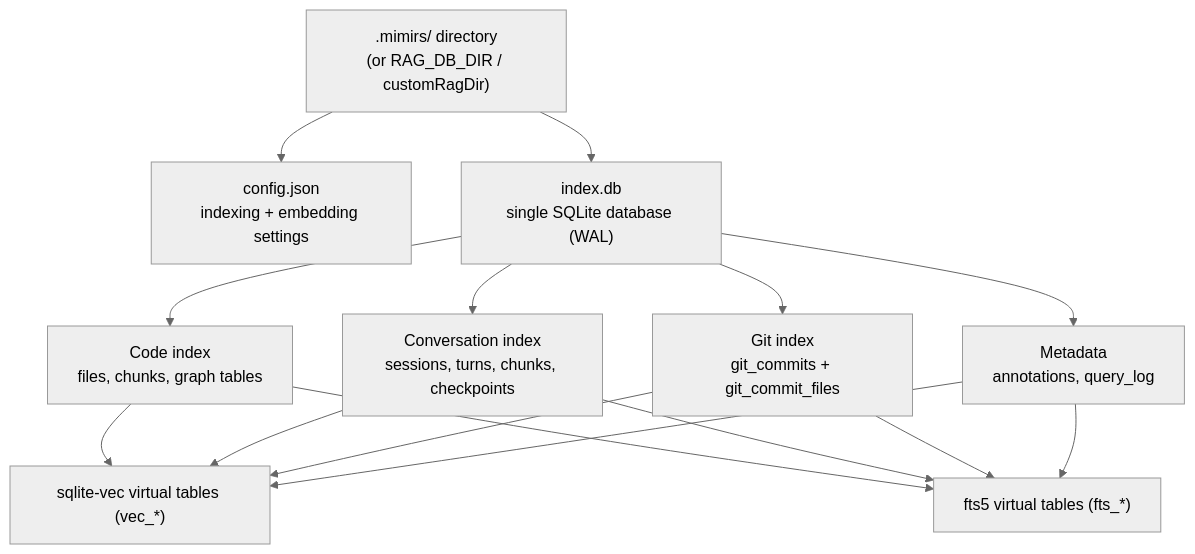
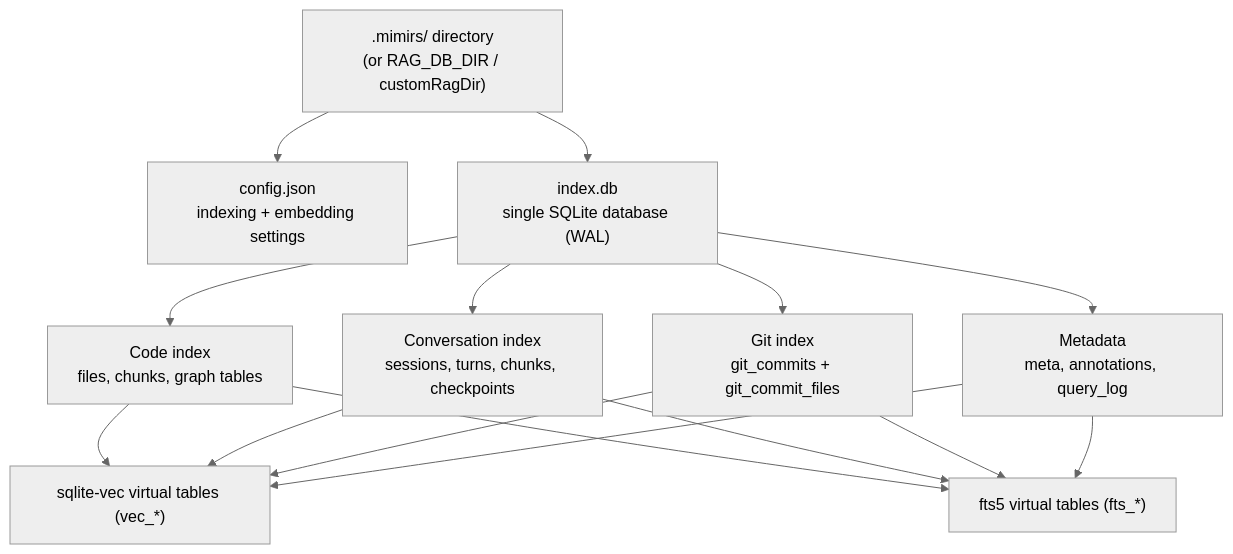
Before and after one commit to TheWinci/mimirs: the diagram in wiki/data-model.md, drawn with Mermaid (neutral theme). The commit also changed other lines of this file and 51 other files, not shown here.

````diff
--- a/wiki/data-model.md
+++ b/wiki/data-model.md
@@ -13,20 +13,20 @@
 ```mermaid
 flowchart TD
   DirNode[".mimirs/ directory<br>(or RAG_DB_DIR / customRagDir)"]
   DirNode --> Cfg["config.json<br>indexing + embedding settings"]
   DirNode --> Db["index.db<br>single SQLite database (WAL)"]
 
   Db --> CodeGrp["Code index<br>files, chunks, graph tables"]
   Db --> ConvGrp["Conversation index<br>sessions, turns, chunks, checkpoints"]
   Db --> GitGrp["Git index<br>git_commits + git_commit_files"]
-  Db --> MetaGrp["Metadata<br>annotations, query_log"]
+  Db --> MetaGrp["Metadata<br>meta, annotations, query_log"]
 
   CodeGrp --> Vec["sqlite-vec virtual tables (vec_*)"]
   ConvGrp --> Vec
   GitGrp --> Vec
   MetaGrp --> Vec
   CodeGrp --> Fts["fts5 virtual tables (fts_*)"]
   ConvGrp --> Fts
   GitGrp --> Fts
   MetaGrp --> Fts
 ```
````
